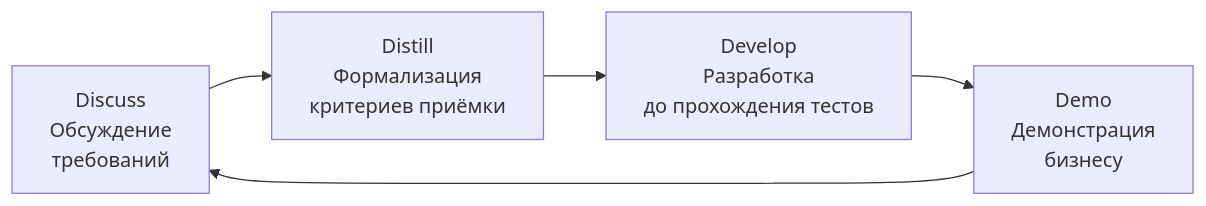
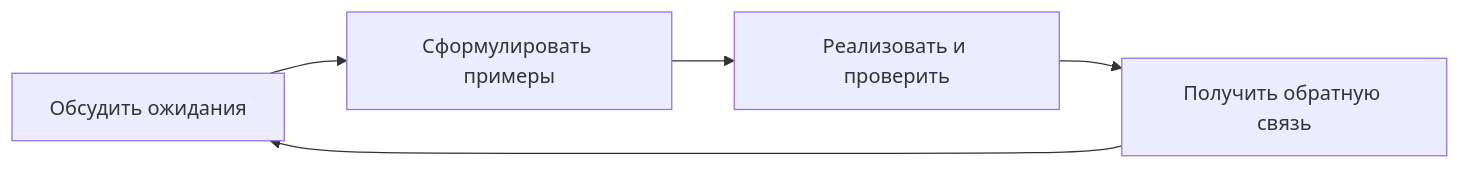
Before and after one commit to akeverus/cheat-sheet: the sixth of 13 diagrams in cheatsheets/interview/testing/test-strategies-interview.md, drawn with Mermaid. The commit also changed other lines of this file and 15 other files, not shown here.

````diff
--- a/cheatsheets/interview/testing/test-strategies-interview.md
+++ b/cheatsheets/interview/testing/test-strategies-interview.md
@@ -411,7 +419,7 @@
 ```mermaid
 graph LR
-    DISCUSS["Discuss<br/>Обсуждение<br/>требований"] --> DISTILL["Distill<br/>Формализация<br/>критериев приёмки"]
-    DISTILL --> DEVELOP["Develop<br/>Разработка<br/>до прохождения тестов"]
-    DEVELOP --> DEMO["Demo<br/>Демонстрация<br/>бизнесу"]
-    DEMO --> DISCUSS
+    DISCUSS["Обсудить ожидания"] --> DISTILL["Сформулировать примеры"]
+    DISTILL --> DEVELOP["Реализовать и проверить"]
+    DEVELOP --> FEEDBACK["Получить обратную связь"]
+    FEEDBACK --> DISCUSS
 ```
````
